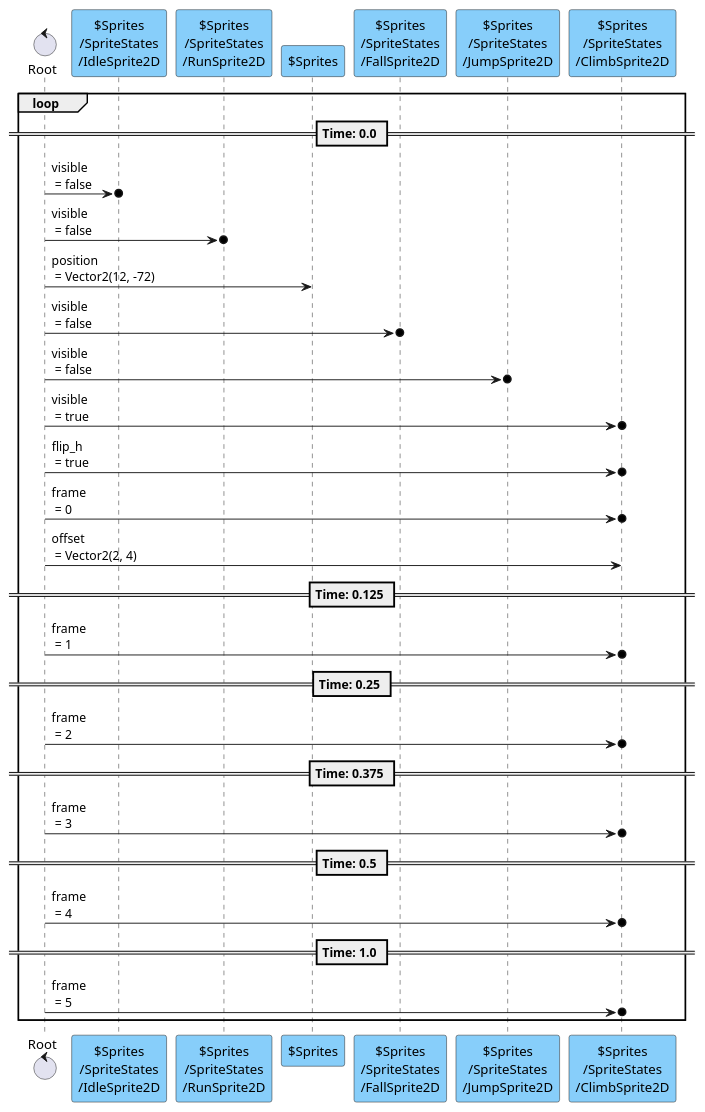
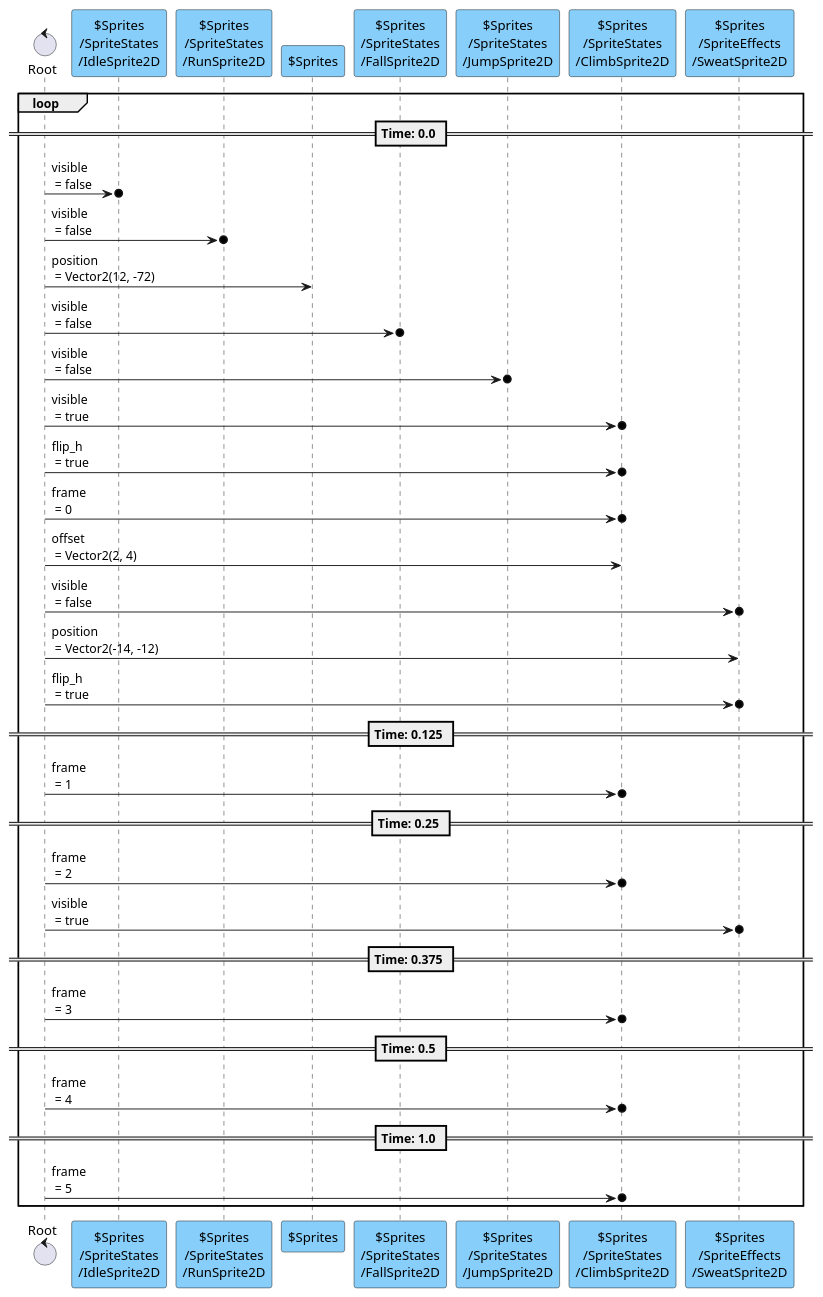
One commit to tkmfujise/Platformer-Game-Learning changed the fifth of 13 diagrams in content/scenes/src/player/player.tscn.adoc. Above: the diagram before and after it, drawn with PlantUML. The commit also changed other lines of this file and 224 other files, not shown here.

```diff
--- a/content/scenes/src/player/player.tscn.adoc
+++ b/content/scenes/src/player/player.tscn.adoc
@@ -588,35 +614,40 @@
 [plantuml]
 ....
 control "Root" as R
 participant "$Sprites\n/SpriteStates\n/IdleSprite2D" as T0 #87CEFA
 participant "$Sprites\n/SpriteStates\n/RunSprite2D" as T1 #87CEFA
 participant "$Sprites" as T2 #87CEFA
 participant "$Sprites\n/SpriteStates\n/FallSprite2D" as T3 #87CEFA
 participant "$Sprites\n/SpriteStates\n/JumpSprite2D" as T4 #87CEFA
 participant "$Sprites\n/SpriteStates\n/ClimbSprite2D" as T5 #87CEFA
+participant "$Sprites\n/SpriteEffects\n/SweatSprite2D" as T9 #87CEFA
 
 
 loop
 == Time: 0.0 ==
 R  ->o  T0 : visible\n = false
 R  ->o  T1 : visible\n = false
 R  ->  T2 : position\n = Vector2(12, -72)
 R  ->o  T3 : visible\n = false
 R  ->o  T4 : visible\n = false
 R  ->o  T5 : visible\n = true
 R  ->o  T5 : flip_h\n = true
 R  ->o  T5 : frame\n = 0
 R  ->  T5 : offset\n = Vector2(2, 4)
+R  ->o  T9 : visible\n = false
+R  ->  T9 : position\n = Vector2(-14, -12)
+R  ->o  T9 : flip_h\n = true
 == Time: 0.125 ==
 R  ->o  T5 : frame\n = 1
 == Time: 0.25 ==
 R  ->o  T5 : frame\n = 2
+R  ->o  T9 : visible\n = true
 == Time: 0.375 ==
 R  ->o  T5 : frame\n = 3
 == Time: 0.5 ==
 R  ->o  T5 : frame\n = 4
 == Time: 1.0 ==
 R  ->o  T5 : frame\n = 5
 
 end
 ....
```
